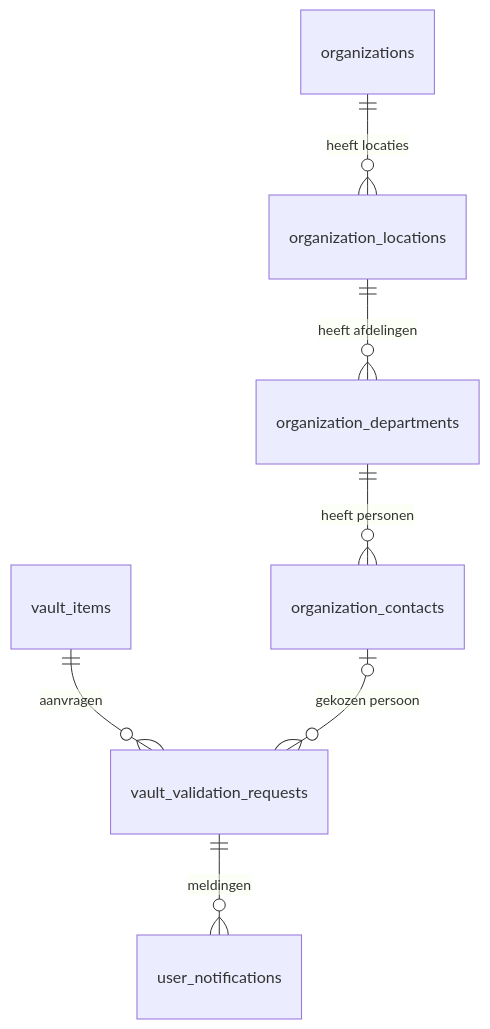
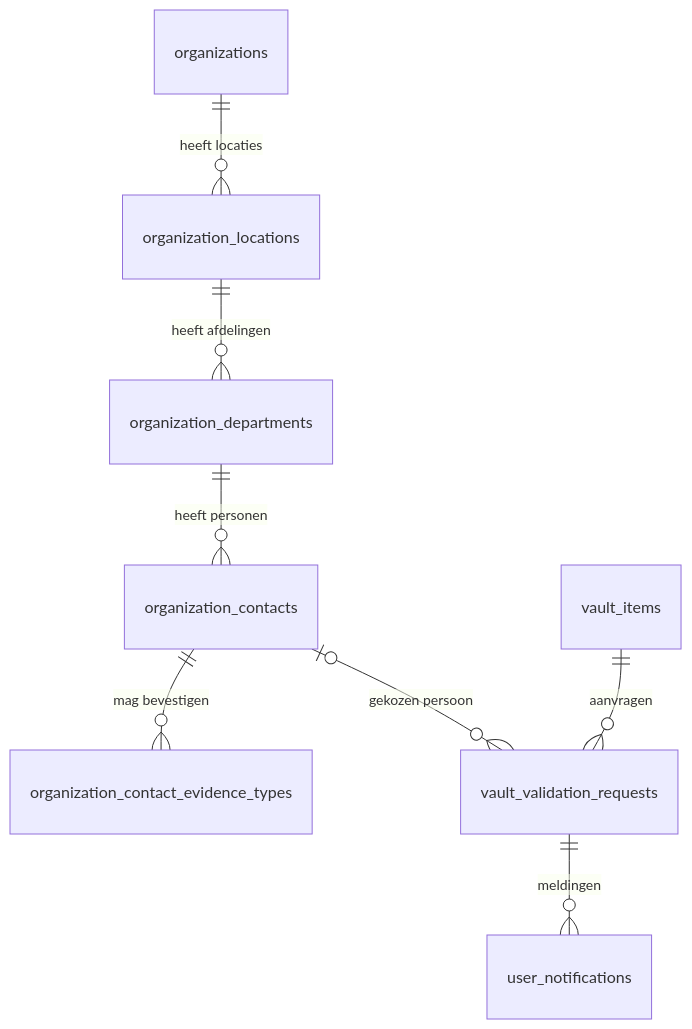
One commit to iqrafarah/PAVE changed the diagram in docs/verificatie.md. Above: the diagram before and after it, drawn with Mermaid. The commit also changed other lines of this file and 14 other files, not shown here.

````diff
--- a/docs/verificatie.md
+++ b/docs/verificatie.md
@@ -26,9 +28,10 @@
 ```mermaid
 erDiagram
     organizations ||--o{ organization_locations : "heeft locaties"
     organization_locations ||--o{ organization_departments : "heeft afdelingen"
     organization_departments ||--o{ organization_contacts : "heeft personen"
+    organization_contacts ||--o{ organization_contact_evidence_types : "mag bevestigen"
     vault_items ||--o{ vault_validation_requests : "aanvragen"
     organization_contacts |o--o{ vault_validation_requests : "gekozen persoon"
     vault_validation_requests ||--o{ user_notifications : "meldingen"
 ```
````
